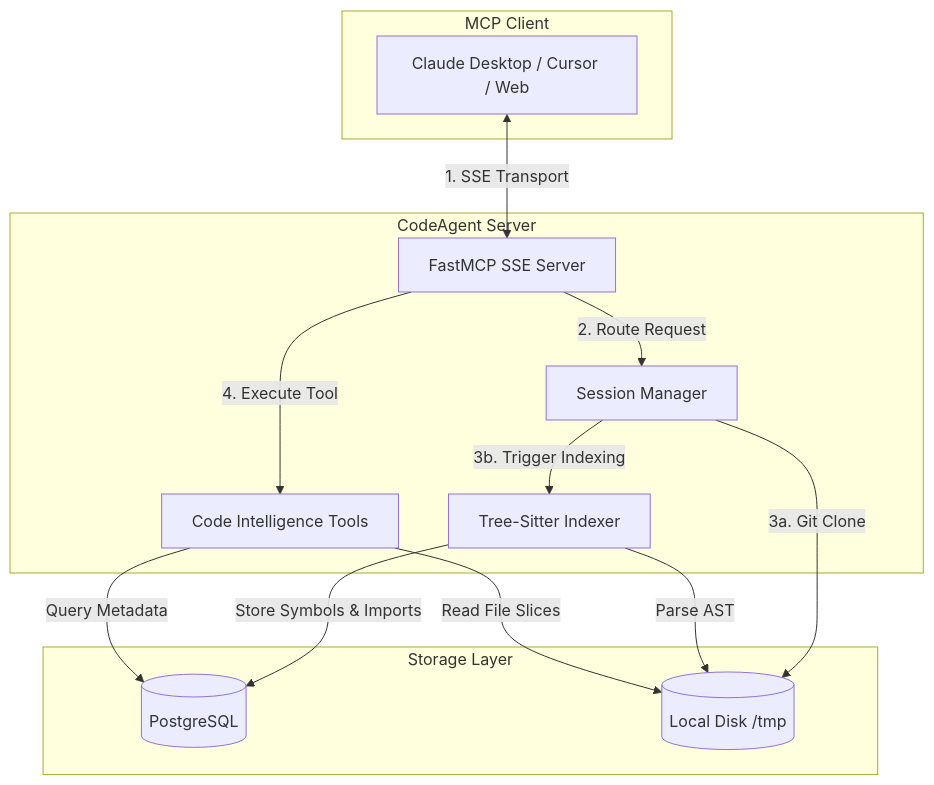
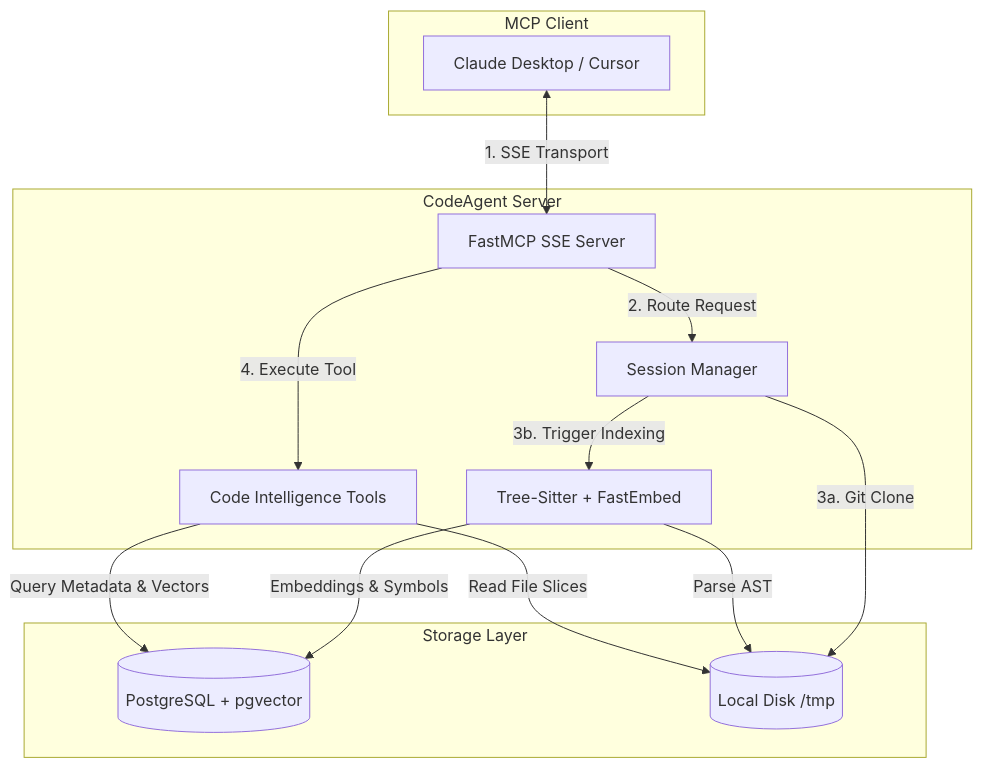
One commit to AbhiGupta1310/CodeAgent-MCP changed the diagram in README.md. Above: the diagram before and after it, drawn with Mermaid. The commit also changed other lines of this file, not shown here.

Commit message:
docs: update README with architecture diagrams and semantic search features

````diff
--- a/README.md
+++ b/README.md
@@ -25,31 +25,31 @@
 ```mermaid
 graph TD
     subgraph Client [MCP Client]
-        LLM[Claude Desktop / Cursor / Web]
+        LLM[Claude Desktop / Cursor]
     end
 
     subgraph CodeAgent [CodeAgent Server]
         FastMCP[FastMCP SSE Server]
         SessionMgr[Session Manager]
-        Indexer[Tree-Sitter Indexer]
+        Indexer[Tree-Sitter + FastEmbed]
         Tools[Code Intelligence Tools]
     end
 
     subgraph Storage [Storage Layer]
-        DB[(PostgreSQL)]
+        DB[(PostgreSQL + pgvector)]
         Disk[(Local Disk /tmp)]
     end
 
     LLM <-->|1. SSE Transport| FastMCP
     FastMCP -->|2. Route Request| SessionMgr
     FastMCP -->|4. Execute Tool| Tools
     
     SessionMgr -->|3a. Git Clone| Disk
     SessionMgr -->|3b. Trigger Indexing| Indexer
     
     Indexer -->|Parse AST| Disk
-    Indexer -->|Store Symbols & Imports| DB
+    Indexer -->|Embeddings & Symbols| DB
     
-    Tools -->|Query Metadata| DB
+    Tools -->|Query Metadata & Vectors| DB
     Tools -->|Read File Slices| Disk
 ```
````
